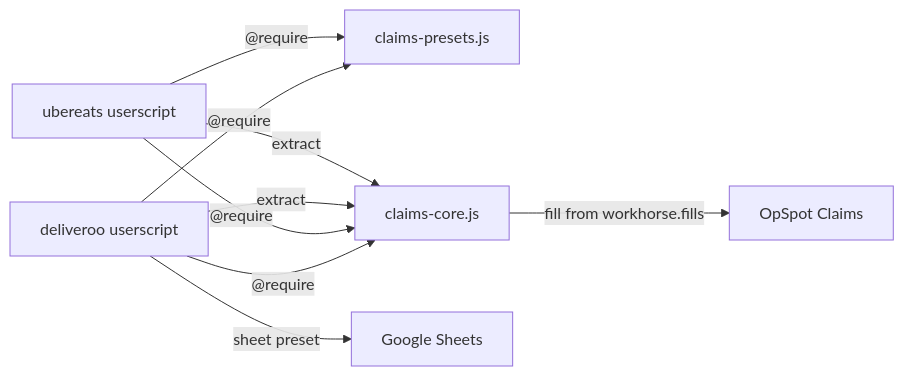
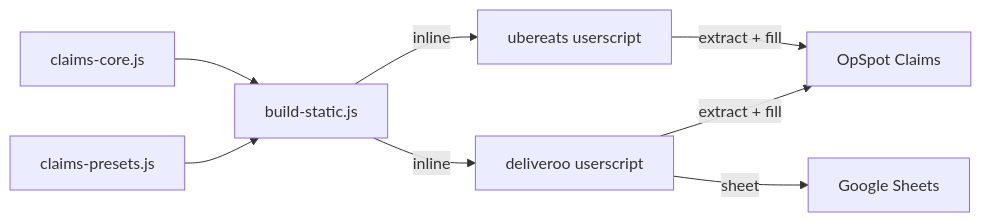
The diagram in README.md (nachtalia/automation), drawn with Mermaid before and after one commit. The commit also changed other lines of this file and 5 other files, not shown here.

````diff
--- a/README.md
+++ b/README.md
@@ -18,18 +19,18 @@
 ```mermaid
 flowchart LR
   Presets[claims-presets.js]
   Core[claims-core.js]
+  Build[build-static.js]
   Deliveroo[deliveroo userscript]
   Uber[ubereats userscript]
   OpSpot[OpSpot Claims]
   Sheets[Google Sheets]
 
-  Deliveroo -->|"@require"| Presets
-  Deliveroo -->|"@require"| Core
-  Uber -->|"@require"| Presets
-  Uber -->|"@require"| Core
-  Deliveroo -->|extract| Core
-  Uber -->|extract| Core
-  Core -->|fill from workhorse.fills| OpSpot
-  Deliveroo -->|sheet preset| Sheets
+  Presets --> Build
+  Core --> Build
+  Build -->|inline| Deliveroo
+  Build -->|inline| Uber
+  Deliveroo -->|extract + fill| OpSpot
+  Uber -->|extract + fill| OpSpot
+  Deliveroo -->|sheet| Sheets
 ```
````
